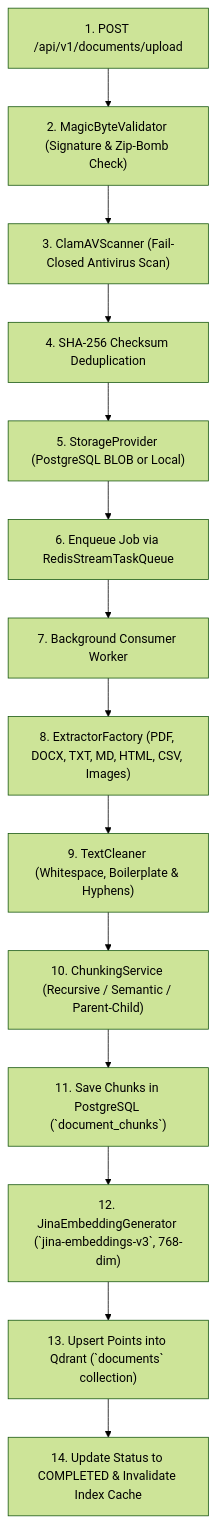
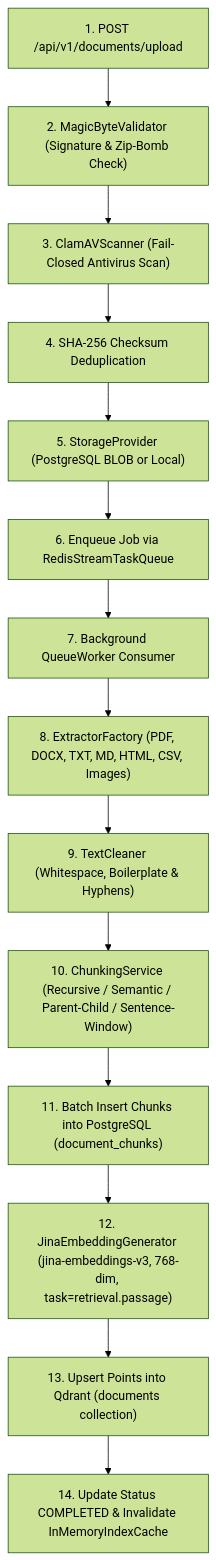
Before and after one commit to Satya-Naraharisetty/FusionRAG: the second of 8 diagrams in ARCHITECTURE.md, drawn with Mermaid (forest theme). The commit also changed other lines of this file and 2 other files, not shown here.

Commit message:
docs: update system architecture and documentation while adding new integration test suite

````diff
--- a/ARCHITECTURE.md
+++ b/ARCHITECTURE.md
@@ -42,16 +42,16 @@
 ```mermaid
 flowchart TD
     Upload["1. POST /api/v1/documents/upload"] --> Magic["2. MagicByteValidator (Signature & Zip-Bomb Check)"]
     Magic --> Malware["3. ClamAVScanner (Fail-Closed Antivirus Scan)"]
     Malware --> Checksum["4. SHA-256 Checksum Deduplication"]
     Checksum --> Storage["5. StorageProvider (PostgreSQL BLOB or Local)"]
     Storage --> Queue["6. Enqueue Job via RedisStreamTaskQueue"]
-    Queue --> Worker["7. Background Consumer Worker"]
+    Queue --> Worker["7. Background QueueWorker Consumer"]
     Worker --> Extractor["8. ExtractorFactory (PDF, DOCX, TXT, MD, HTML, CSV, Images)"]
     Extractor --> Clean["9. TextCleaner (Whitespace, Boilerplate & Hyphens)"]
-    Clean --> Chunk["10. ChunkingService (Recursive / Semantic / Parent-Child)"]
-    Chunk --> SaveDB["11. Save Chunks in PostgreSQL (`document_chunks`)"]
-    SaveDB --> BatchEmbed["12. JinaEmbeddingGenerator (`jina-embeddings-v3`, 768-dim)"]
-    BatchEmbed --> QdrantUpsert["13. Upsert Points into Qdrant (`documents` collection)"]
-    QdrantUpsert --> Complete["14. Update Status to COMPLETED & Invalidate Index Cache"]
+    Clean --> Chunk["10. ChunkingService (Recursive / Semantic / Parent-Child / Sentence-Window)"]
+    Chunk --> SaveDB["11. Batch Insert Chunks into PostgreSQL (document_chunks)"]
+    SaveDB --> BatchEmbed["12. JinaEmbeddingGenerator (jina-embeddings-v3, 768-dim, task=retrieval.passage)"]
+    BatchEmbed --> QdrantUpsert["13. Upsert Points into Qdrant (documents collection)"]
+    QdrantUpsert --> Complete["14. Update Status COMPLETED & Invalidate InMemoryIndexCache"]
 ```
````
